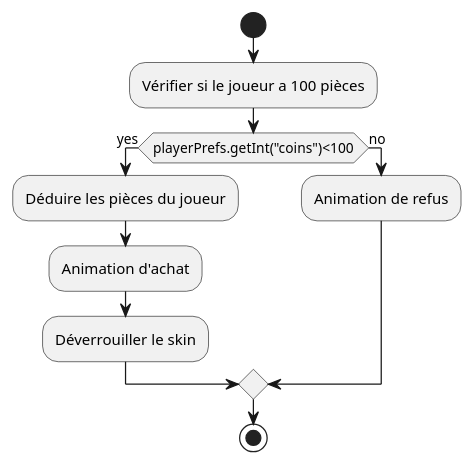
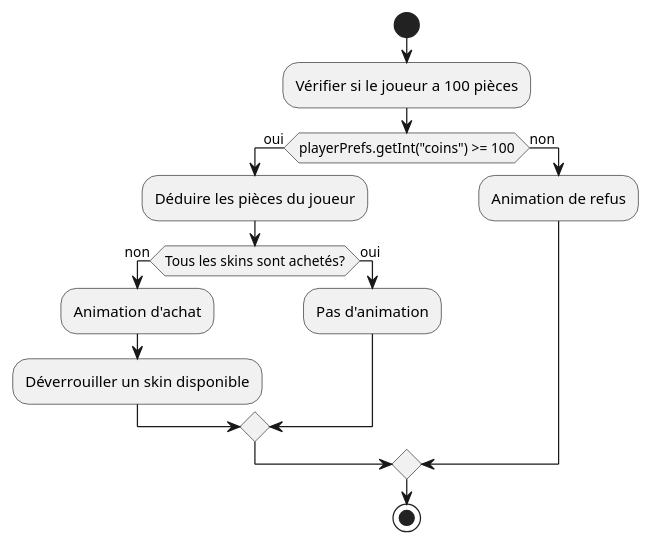
The diagram in Analyse/ActivityDiagram/buySkin.puml (LosVerinos/Crossy-Road), drawn with PlantUML before and after one commit. The commit also changed 5 other files, not shown here.

Commit message:
review des diagrammes d'activités

```diff
--- a/Analyse/ActivityDiagram/buySkin.puml
+++ b/Analyse/ActivityDiagram/buySkin.puml
@@ -1,12 +1,17 @@
 @startuml buySkinActivity
+|Système|
 start
 :Vérifier si le joueur a 100 pièces;
-if (playerPrefs.getInt("coins")<100) then (yes)
+if (playerPrefs.getInt("coins") >= 100) then (oui)
     :Déduire les pièces du joueur;
-    :Animation d'achat;
-    :Déverrouiller le skin;
-else (no)
+    if (Tous les skins sont achetés?) then (non)
+        :Animation d'achat;
+        :Déverrouiller un skin disponible;
+    else (oui)
+        :Pas d'animation;
+    endif
+else (non)
     :Animation de refus;
 endif
 stop
 @enduml
```
